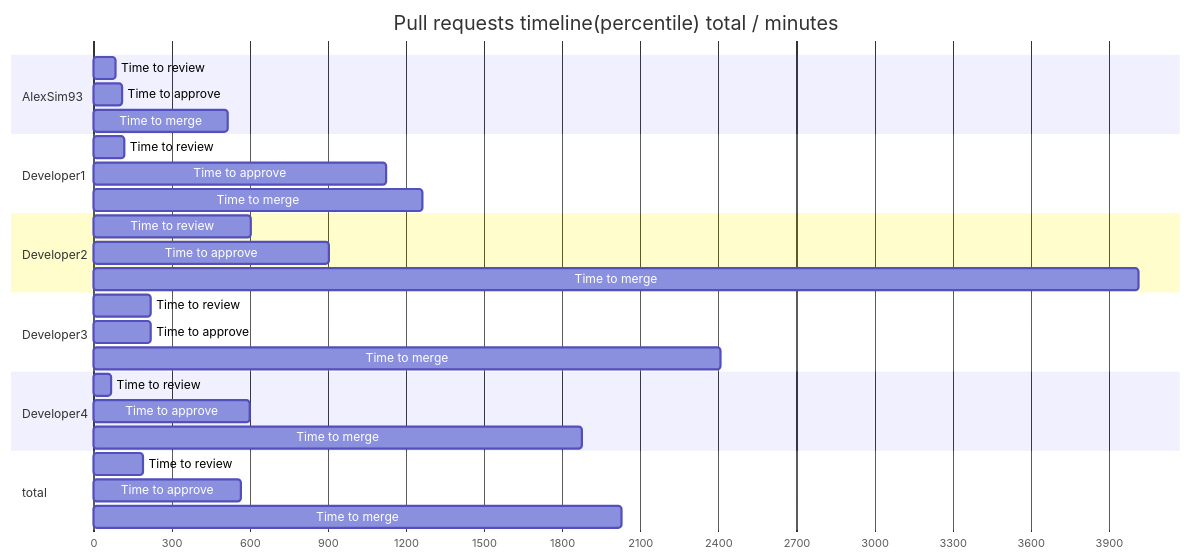
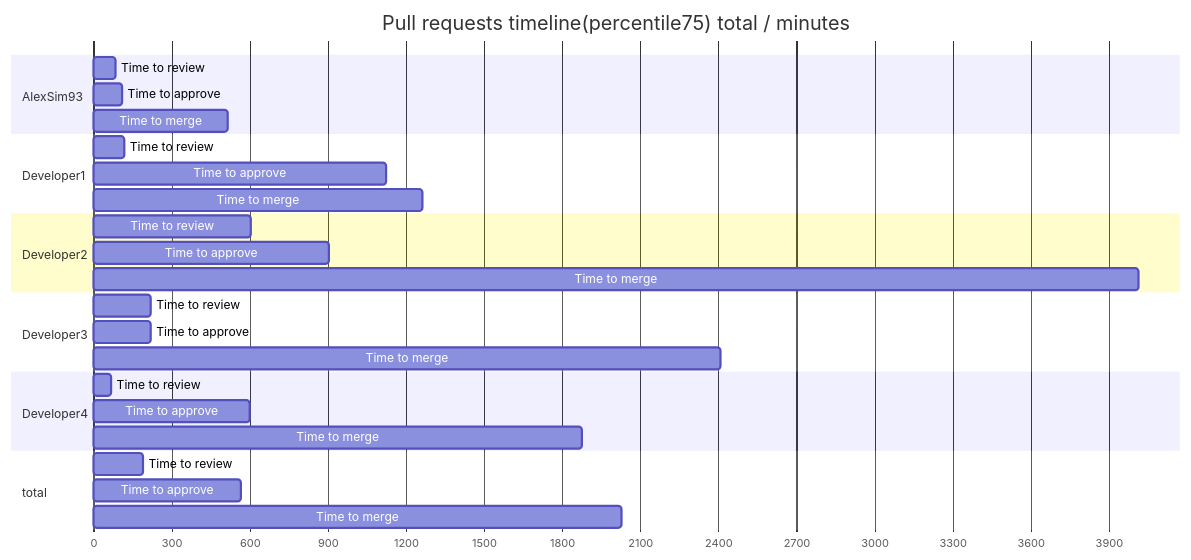
The ninth of 9 diagrams in examples/nPRsReport.md (AlexSim93/pull-request-analytics-action), drawn with Mermaid before and after one commit. The commit also changed other lines of this file and 10 other files, not shown here.

````diff
--- a/examples/nPRsReport.md
+++ b/examples/nPRsReport.md
@@ -419,36 +419,36 @@
 ```mermaid
 gantt
-title Pull requests timeline(percentile) total / minutes
+title Pull requests timeline(percentile75) total / minutes
 dateFormat X
 axisFormat %s
 section AlexSim93
                 Time to review :  0, 85
 Time to approve :  0, 110
 Time to merge :  0, 515
         
 section Developer1
                 Time to review :  0, 118
 Time to approve :  0, 1123
 Time to merge :  0, 1263
         
 section Developer2
                 Time to review :  0, 602
 Time to approve :  0, 905
 Time to merge :  0, 4012
         
 section Developer3
                 Time to review :  0, 218
 Time to approve :  0, 218
 Time to merge :  0, 2407
         
 section Developer4
                 Time to review :  0, 68
 Time to approve :  0, 600
 Time to merge :  0, 1873
         
 section total
                 Time to review :  0, 188
 Time to approve :  0, 565
 Time to merge :  0, 2028
         
 ```
````
